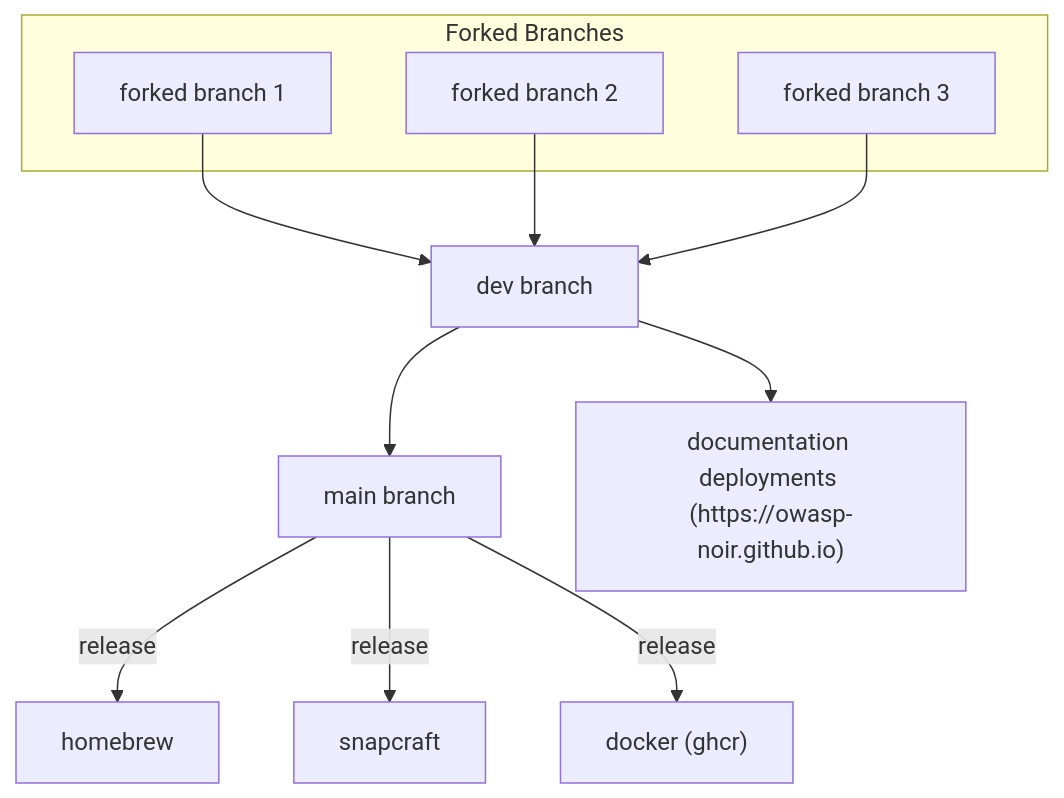
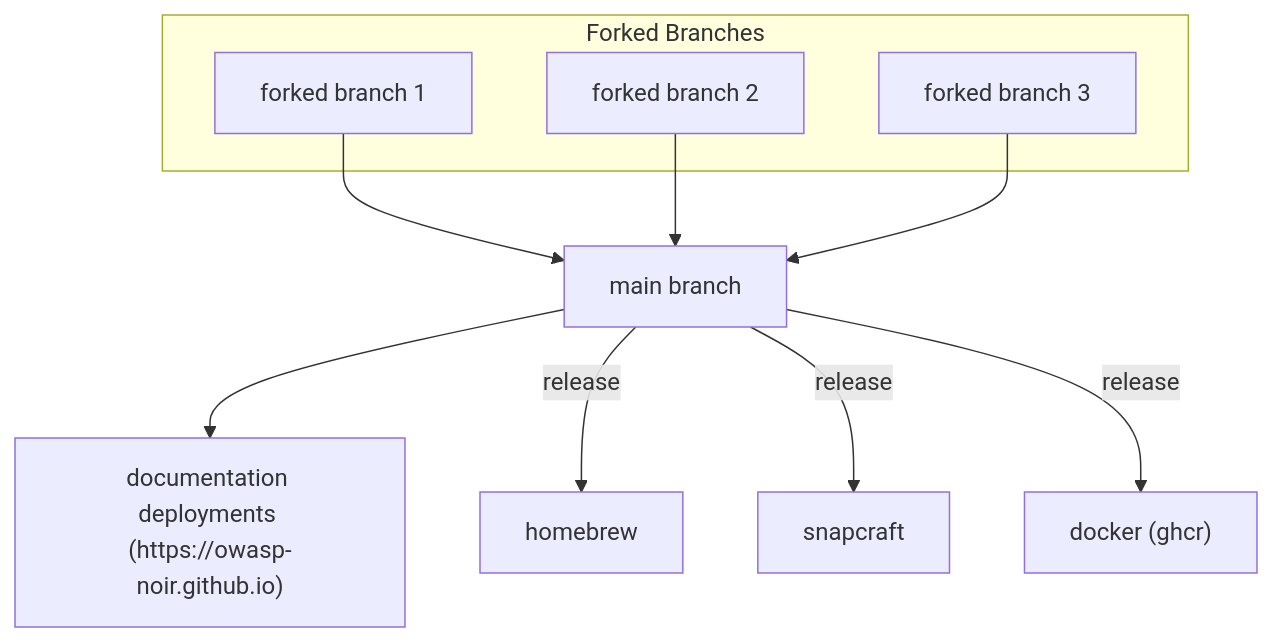
The diagram in CONTRIBUTING.md (owasp-noir/noir), drawn with Mermaid before and after one commit. The commit also changed other lines of this file and 5 other files, not shown here.

Commit message:
chore: update default branch references from dev to main in workflows and documentation

````diff
--- a/CONTRIBUTING.md
+++ b/CONTRIBUTING.md
@@ -16,18 +16,17 @@
 ```mermaid
 graph TD
     subgraph Forked Branches
         fork1["forked branch 1"]
         fork2["forked branch 2"]
         fork3["forked branch 3"]
     end
-    fork1 --> dev["dev branch"]
-    fork2 --> dev
-    fork3 --> dev
+    fork1 --> main["main branch"]
+    fork2 --> main
+    fork3 --> main
     
-    dev --> main["main branch"]
-    dev --> deployments["documentation deployments (https://owasp-noir.github.io)"]
+    main --> deployments["documentation deployments (https://owasp-noir.github.io)"]
 
     main -->|release| homebrew["homebrew"]
     main -->|release| snapcraft["snapcraft"]
     main -->|release| docker["docker (ghcr)"]
 ```
````
